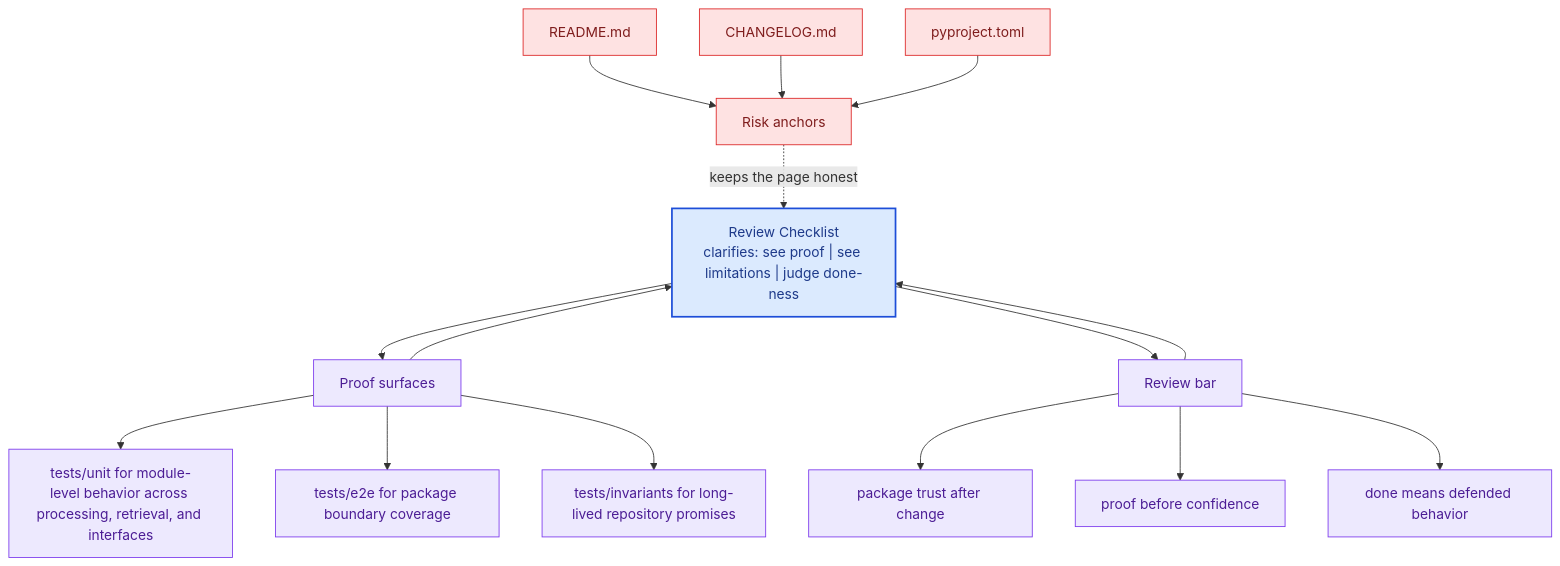
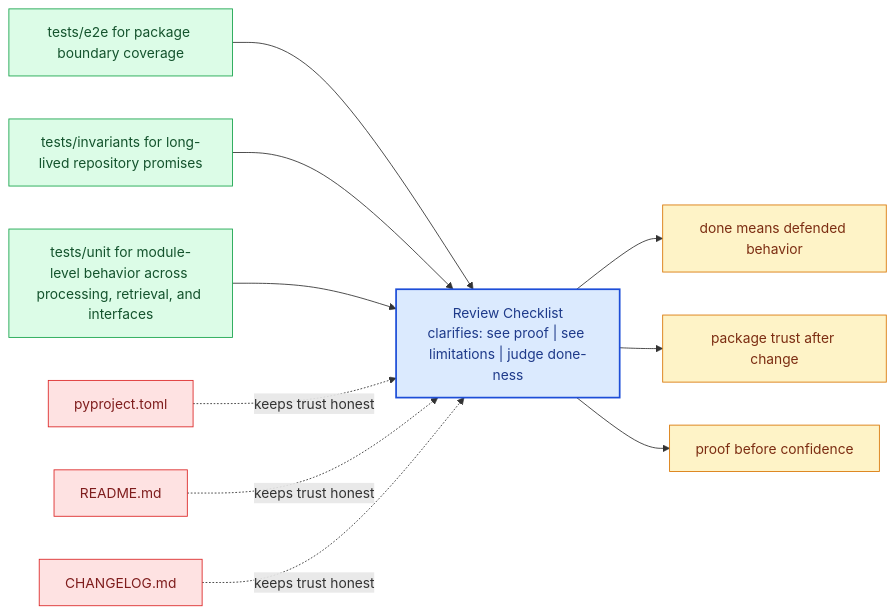
One commit to bijux/bijux-canon changed the diagram in docs/bijux-canon-ingest/quality/review-checklist.md. Above: the diagram before and after it, drawn with Mermaid. The commit also changed other lines of this file and 281 other files, not shown here.

Commit message:
docs(diagrams): replace repeated mermaid scaffolds with page-specific summaries

````diff
--- a/docs/bijux-canon-ingest/quality/review-checklist.md
+++ b/docs/bijux-canon-ingest/quality/review-checklist.md
@@ -67,41 +22,31 @@
 ```mermaid
-flowchart TB
-    promise["Review Checklist<br/>clarifies: see proof | see limitations | judge done-ness"]
-    classDef promise fill:#dbeafe,stroke:#1d4ed8,color:#1e3a8a,stroke-width:2px;
-    classDef driver fill:#dcfce7,stroke:#16a34a,color:#14532d;
-    classDef constraint fill:#fee2e2,stroke:#dc2626,color:#7f1d1d;
-    classDef ground fill:#ede9fe,stroke:#7c3aed,color:#4c1d95;
-    focus1["Proof surfaces"]
-    focus1 --> promise
-    promise --> focus1
-    focus1_1["tests/unit for module-level behavior across processing, retrieval, and interfaces"]
-    focus1 --> focus1_1
-    focus1_2["tests/e2e for package boundary coverage"]
-    focus1 --> focus1_2
-    focus1_3["tests/invariants for long-lived repository promises"]
-    focus1 --> focus1_3
-    class focus1 ground;
-    class focus1_1,focus1_2,focus1_3 ground;
-    focus2["Risk anchors"]
-    focus2 -.keeps the page honest.-> promise
-    focus2_1["README.md"]
-    focus2_1 --> focus2
-    focus2_2["CHANGELOG.md"]
-    focus2_2 --> focus2
-    focus2_3["pyproject.toml"]
-    focus2_3 --> focus2
-    class focus2 constraint;
-    class focus2_1,focus2_2,focus2_3 constraint;
-    focus3["Review bar"]
-    focus3 --> promise
-    promise --> focus3
-    focus3_1["package trust after change"]
-    focus3 --> focus3_1
-    focus3_2["proof before confidence"]
-    focus3 --> focus3_2
-    focus3_3["done means defended behavior"]
-    focus3 --> focus3_3
-    class focus3 ground;
-    class focus3_1,focus3_2,focus3_3 ground;
-    class promise promise;
+flowchart LR
+    page["Review Checklist<br/>clarifies: see proof | see limitations | judge done-ness"]
+    classDef page fill:#dbeafe,stroke:#1d4ed8,color:#1e3a8a,stroke-width:2px;
+    classDef positive fill:#dcfce7,stroke:#16a34a,color:#14532d;
+    classDef caution fill:#fee2e2,stroke:#dc2626,color:#7f1d1d;
+    classDef anchor fill:#ede9fe,stroke:#7c3aed,color:#4c1d95;
+    classDef action fill:#fef3c7,stroke:#d97706,color:#7c2d12;
+    proof1["tests/e2e for package boundary coverage"]
+    proof1 --> page
+    proof2["tests/invariants for long-lived repository promises"]
+    proof2 --> page
+    proof3["tests/unit for module-level behavior across processing, retrieval, and interfaces"]
+    proof3 --> page
+    risk1["pyproject.toml"]
+    risk1 -.keeps trust honest.-> page
+    risk2["README.md"]
+    risk2 -.keeps trust honest.-> page
+    risk3["CHANGELOG.md"]
+    risk3 -.keeps trust honest.-> page
+    bar1["done means defended behavior"]
+    page --> bar1
+    bar2["package trust after change"]
+    page --> bar2
+    bar3["proof before confidence"]
+    page --> bar3
+    class page page;
+    class proof1,proof2,proof3 positive;
+    class risk1,risk2,risk3 caution;
+    class bar1,bar2,bar3 action;
 ```
````
